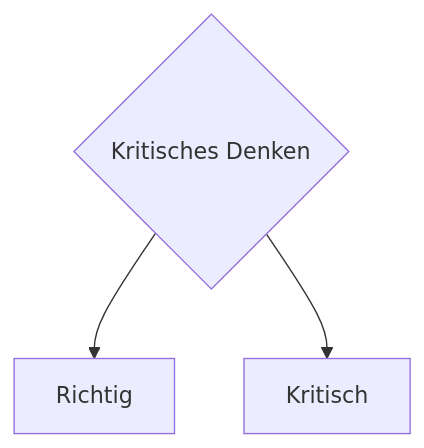
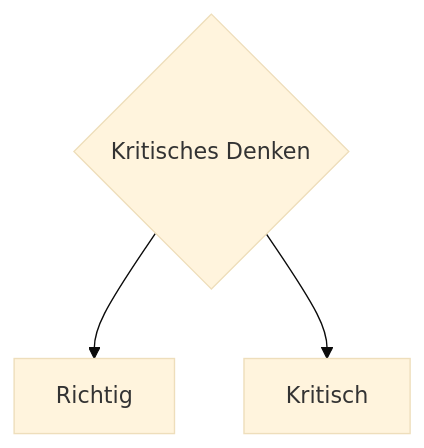
The diagram in docs/kritisches_denken/00_kritisches_denken_kurzgesagt.md (hecmec/sprachlichtung), drawn with Mermaid before and after one commit. The commit also changed other lines of this file and 9 other files, not shown here.

Commit message:
mermaid is working

````diff
--- a/docs/kritisches_denken/00_kritisches_denken_kurzgesagt.md
+++ b/docs/kritisches_denken/00_kritisches_denken_kurzgesagt.md
@@ -41,6 +47,10 @@
 ```mermaid
+---
+config:
+  theme: 'base'
+---
 flowchart TD
     C{Kritisches Denken}
     C --> D[Richtig]
     C --> E[Kritisch]
 ```
````
